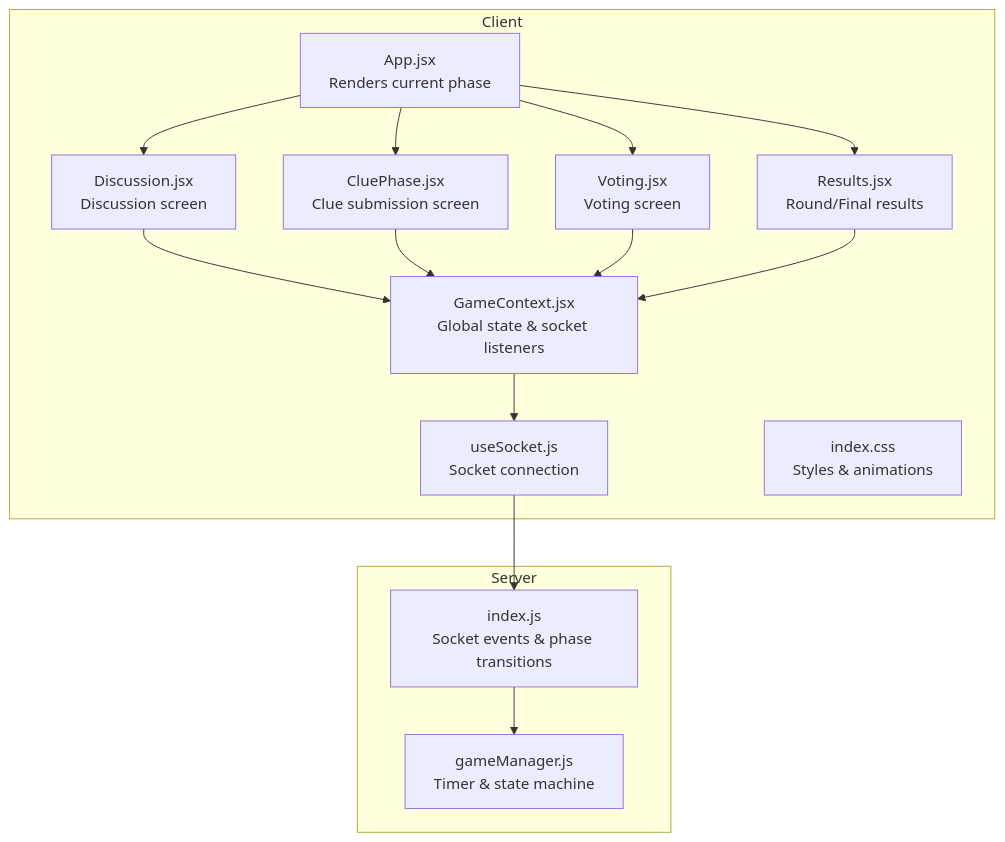
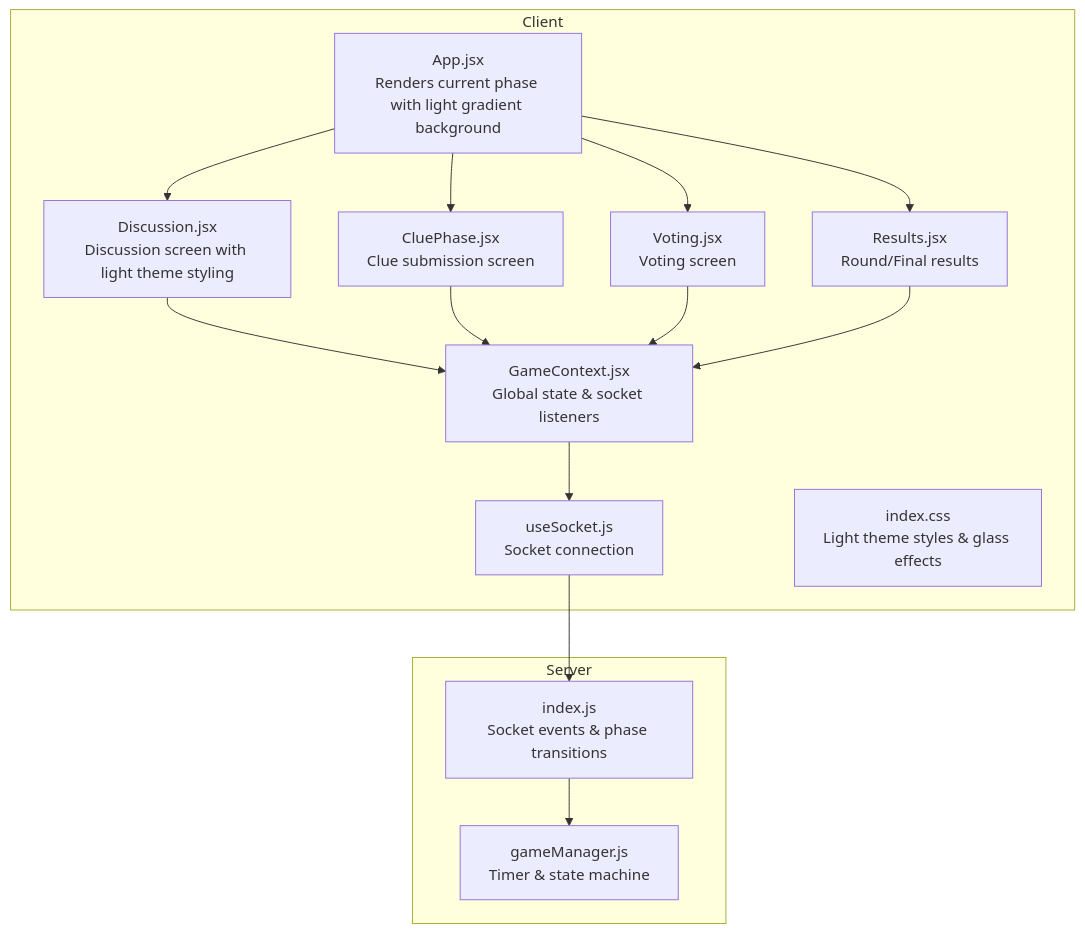
One commit to sparshgupta001/imposter_game changed the first of 10 diagrams in .qoder/repowiki/en/content/Game Screens and UI Components/Discussion Screen.md. Above: the diagram before and after it, drawn with Mermaid. The commit also changed other lines of this file and 22 other files, not shown here.

````diff
--- a/.qoder/repowiki/en/content/Game Screens and UI Components/Discussion Screen.md
+++ b/.qoder/repowiki/en/content/Game Screens and UI Components/Discussion Screen.md
@@ -38,28 +45,28 @@
 ```mermaid
 graph TB
 subgraph "Client"
-A["App.jsx<br/>Renders current phase"]
+A["App.jsx<br/>Renders current phase with light gradient background"]
 B["GameContext.jsx<br/>Global state & socket listeners"]
 C["useSocket.js<br/>Socket connection"]
-D["Discussion.jsx<br/>Discussion screen"]
+D["Discussion.jsx<br/>Discussion screen with light theme styling"]
 E["CluePhase.jsx<br/>Clue submission screen"]
 F["Voting.jsx<br/>Voting screen"]
 G["Results.jsx<br/>Round/Final results"]
-H["index.css<br/>Styles & animations"]
+H["index.css<br/>Light theme styles & glass effects"]
 end
 subgraph "Server"
 S1["index.js<br/>Socket events & phase transitions"]
 S2["gameManager.js<br/>Timer & state machine"]
 end
 A --> D
 A --> E
 A --> F
 A --> G
 D --> B
 E --> B
 F --> B
 G --> B
 B --> C
 C --> S1
 S1 --> S2
 ```
````
